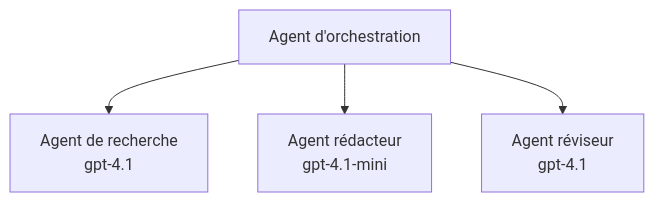
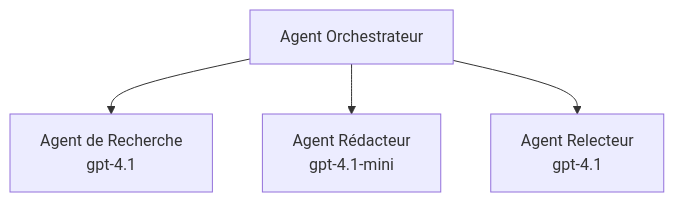
One commit to microsoft/AZD-for-beginners changed the third of 3 diagrams in translations/fr/docs/chapter-02-ai-development/agents.md. Above: the diagram before and after it, drawn with Mermaid. The commit also changed other lines of this file and 99 other files, not shown here.

````diff
--- a/translations/fr/docs/chapter-02-ai-development/agents.md
+++ b/translations/fr/docs/chapter-02-ai-development/agents.md
@@ -189,6 +194,6 @@
 ```mermaid
 graph TD
-    Orchestrator[Agent d'orchestration] --> Research[Agent de recherche<br/>gpt-4.1]
-    Orchestrator --> Writer[Agent rédacteur<br/>gpt-4.1-mini]
-    Orchestrator --> Reviewer[Agent réviseur<br/>gpt-4.1]
+    Orchestrator[Agent Orchestrateur] --> Research[Agent de Recherche<br/>gpt-4.1]
+    Orchestrator --> Writer[Agent Rédacteur<br/>gpt-4.1-mini]
+    Orchestrator --> Reviewer[Agent Relecteur<br/>gpt-4.1]
 ```
````
